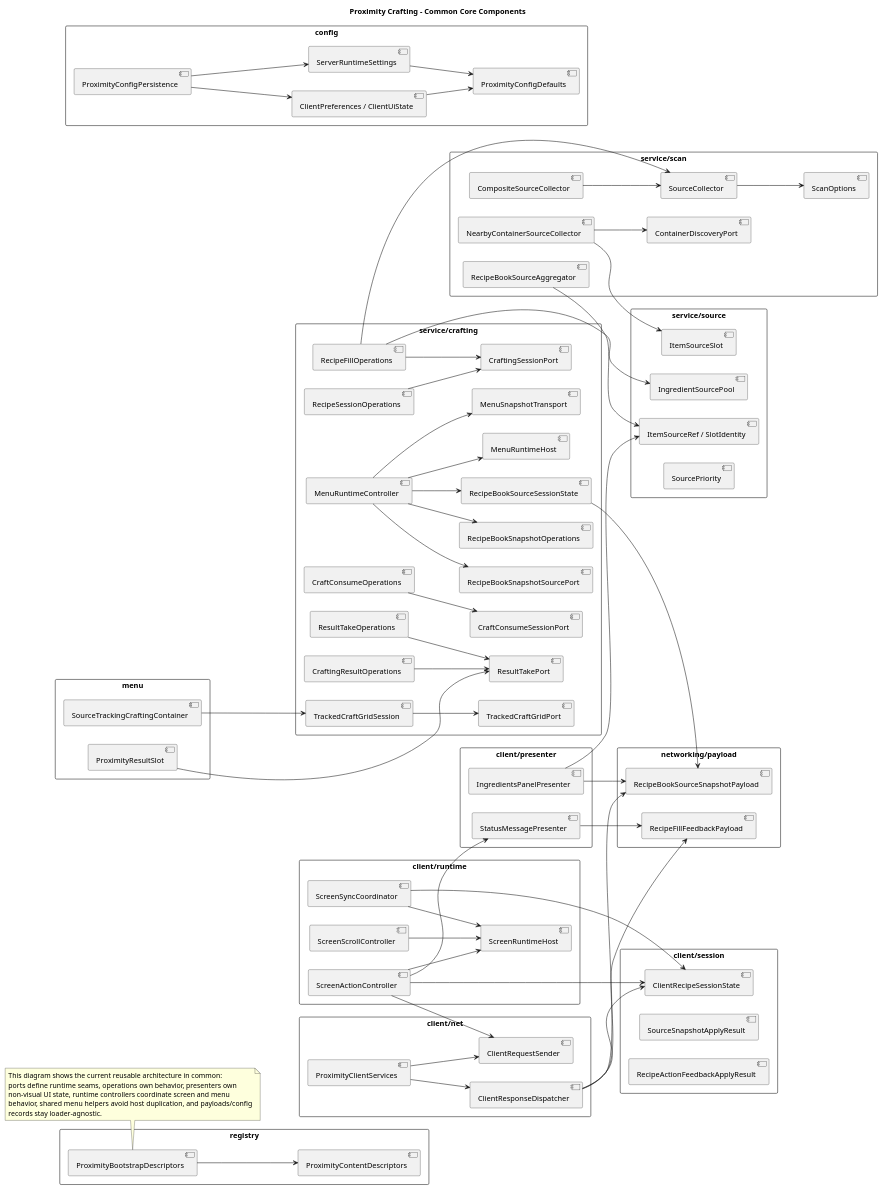
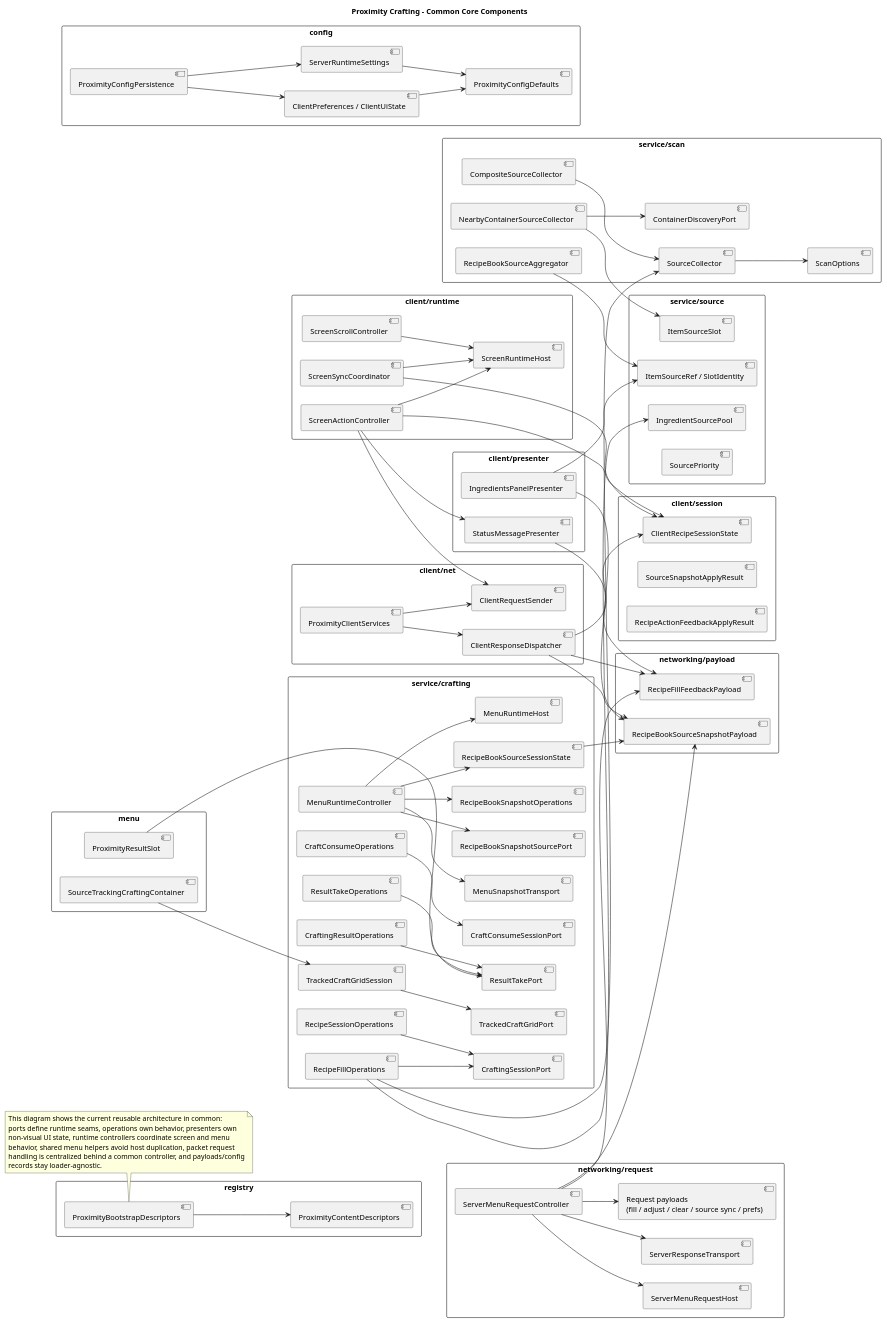
Before and after one commit to Maeiro/Nearby-Crafting: the diagram in docs/architecture/02-common-core-components.puml, drawn with PlantUML. The commit also changed 34 other files, not shown here.

Commit message:
refactor(network): extract shared server request core

```diff
--- a/docs/architecture/02-common-core-components.puml
+++ b/docs/architecture/02-common-core-components.puml
@@ -1,142 +1,155 @@
 @startuml
 title Proximity Crafting - Common Core Components
 left to right direction
 skinparam shadowing false
 skinparam packageStyle rectangle
 
 package "service/source" as SourcePkg {
   component "ItemSourceSlot" as ItemSourceSlot
   component "IngredientSourcePool" as IngredientSourcePool
   component "ItemSourceRef / SlotIdentity" as ItemSourceRef
   component "SourcePriority" as SourcePriority
 }
 
 package "service/scan" as ScanPkg {
   component "SourceCollector" as SourceCollector
   component "ContainerDiscoveryPort" as ContainerDiscoveryPort
   component "CompositeSourceCollector" as CompositeCollector
   component "NearbyContainerSourceCollector" as NearbyCollector
   component "RecipeBookSourceAggregator" as SourceAggregator
   component "ScanOptions" as ScanOptions
 }
 
 package "service/crafting" as CraftingPkg {
   component "CraftingSessionPort" as CraftingSessionPort
   component "CraftConsumeSessionPort" as CraftConsumeSessionPort
   component "ResultTakePort" as ResultTakePort
   component "TrackedCraftGridPort" as TrackedGridPort
   component "MenuRuntimeHost" as MenuRuntimeHost
   component "MenuSnapshotTransport" as MenuSnapshotTransport
   component "RecipeBookSnapshotSourcePort" as SnapshotSourcePort
   component "RecipeBookSnapshotOperations" as SnapshotOps
   component "MenuRuntimeController" as MenuRuntimeController
   component "RecipeFillOperations" as RecipeFillOps
   component "CraftConsumeOperations" as CraftConsumeOps
   component "CraftingResultOperations" as CraftingResultOps
   component "RecipeSessionOperations" as RecipeSessionOps
   component "ResultTakeOperations" as ResultTakeOps
   component "TrackedCraftGridSession" as TrackedGridSession
   component "RecipeBookSourceSessionState" as RecipeBookSession
 }
 
 package "menu" as MenuPkg {
   component "SourceTrackingCraftingContainer" as TrackedContainer
   component "ProximityResultSlot" as SharedResultSlot
 }
 
 package "client/net" as ClientNetPkg {
   component "ClientRequestSender" as ClientRequestSender
   component "ClientResponseDispatcher" as ClientResponseDispatcher
   component "ProximityClientServices" as ProximityClientServices
+}
+
+package "networking/request" as ServerRequestPkg {
+  component "ServerMenuRequestHost" as ServerMenuRequestHost
+  component "ServerResponseTransport" as ServerResponseTransport
+  component "ServerMenuRequestController" as ServerMenuRequestController
+  component "Request payloads\n(fill / adjust / clear / source sync / prefs)" as RequestPayloads
 }
 
 package "client/session" as ClientSessionPkg {
   component "ClientRecipeSessionState" as ClientRecipeSessionState
   component "SourceSnapshotApplyResult" as SourceSnapshotApplyResult
   component "RecipeActionFeedbackApplyResult" as RecipeActionFeedbackApplyResult
 }
 
 package "client/runtime" as ClientRuntimePkg {
   component "ScreenRuntimeHost" as ScreenRuntimeHost
   component "ScreenActionController" as ScreenActionController
   component "ScreenSyncCoordinator" as ScreenSyncCoordinator
   component "ScreenScrollController" as ScreenScrollController
 }
 
 package "client/presenter" as PresenterPkg {
   component "IngredientsPanelPresenter" as IngredientsPanelPresenter
   component "StatusMessagePresenter" as StatusMessagePresenter
 }
 
 package "config" as ConfigPkg {
   component "ProximityConfigDefaults" as ProximityConfigDefaults
   component "ClientPreferences / ClientUiState" as ClientConfigModels
   component "ServerRuntimeSettings" as ServerRuntimeSettings
   component "ProximityConfigPersistence" as ConfigPersistence
 }
 
 package "networking/payload" as PayloadPkg {
   component "RecipeBookSourceSnapshotPayload" as SnapshotPayload
   component "RecipeFillFeedbackPayload" as FeedbackPayload
 }
 
 package "registry" as RegistryPkg {
   component "ProximityContentDescriptors" as ContentDescriptors
   component "ProximityBootstrapDescriptors" as BootstrapDescriptors
 }
 
 SourceCollector --> ScanOptions
 CompositeCollector --> SourceCollector
 NearbyCollector --> ContainerDiscoveryPort
 NearbyCollector --> ItemSourceSlot
 SourceAggregator --> ItemSourceRef
 
 RecipeFillOps --> CraftingSessionPort
 RecipeFillOps --> SourceCollector
 RecipeFillOps --> IngredientSourcePool
 CraftConsumeOps --> CraftConsumeSessionPort
 CraftingResultOps --> ResultTakePort
 RecipeSessionOps --> CraftingSessionPort
 ResultTakeOps --> ResultTakePort
 MenuRuntimeController --> MenuRuntimeHost
 MenuRuntimeController --> MenuSnapshotTransport
 MenuRuntimeController --> SnapshotSourcePort
 MenuRuntimeController --> SnapshotOps
 MenuRuntimeController --> RecipeBookSession
+ServerMenuRequestController --> ServerMenuRequestHost
+ServerMenuRequestController --> ServerResponseTransport
+ServerMenuRequestController --> RequestPayloads
+ServerMenuRequestController --> FeedbackPayload
+ServerMenuRequestController --> SnapshotPayload
 TrackedGridSession --> TrackedGridPort
 RecipeBookSession --> SnapshotPayload
 TrackedContainer --> TrackedGridSession
 SharedResultSlot --> ResultTakePort
 
 ClientResponseDispatcher --> ClientRecipeSessionState
 ClientResponseDispatcher --> SnapshotPayload
 ClientResponseDispatcher --> FeedbackPayload
 ProximityClientServices --> ClientRequestSender
 ProximityClientServices --> ClientResponseDispatcher
 ScreenActionController --> ScreenRuntimeHost
 ScreenActionController --> ClientRecipeSessionState
 ScreenActionController --> ClientRequestSender
 ScreenActionController --> StatusMessagePresenter
 ScreenSyncCoordinator --> ScreenRuntimeHost
 ScreenSyncCoordinator --> ClientRecipeSessionState
 ScreenScrollController --> ScreenRuntimeHost
 
 IngredientsPanelPresenter --> SnapshotPayload
 IngredientsPanelPresenter --> ItemSourceRef
 StatusMessagePresenter --> FeedbackPayload
 
 ConfigPersistence --> ClientConfigModels
 ConfigPersistence --> ServerRuntimeSettings
 ClientConfigModels --> ProximityConfigDefaults
 ServerRuntimeSettings --> ProximityConfigDefaults
 
 BootstrapDescriptors --> ContentDescriptors
 
 note bottom
 This diagram shows the current reusable architecture in common:
 ports define runtime seams, operations own behavior, presenters own
 non-visual UI state, runtime controllers coordinate screen and menu
-behavior, shared menu helpers avoid host duplication, and payloads/config
+behavior, shared menu helpers avoid host duplication, packet request
+handling is centralized behind a common controller, and payloads/config
 records stay loader-agnostic.
 end note
 @enduml
```
